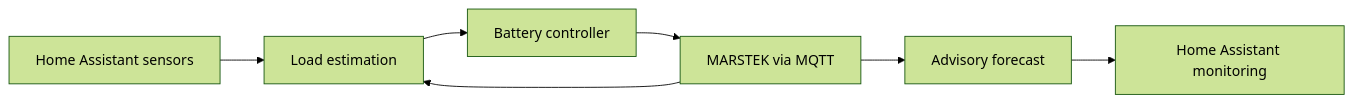
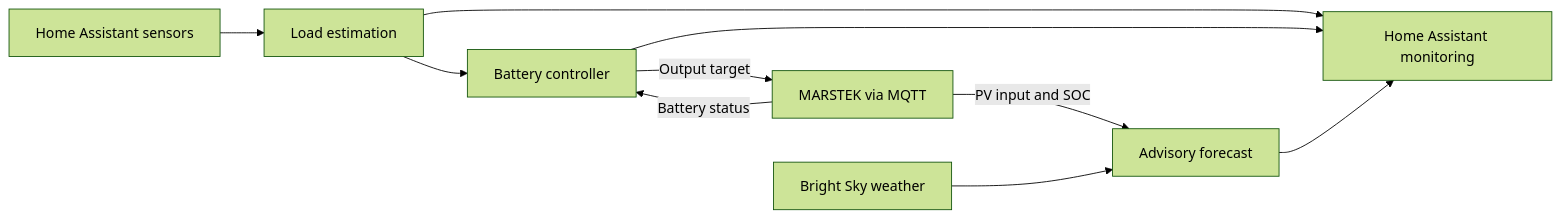
The diagram in README.md (hermava/residential-energy-management), drawn with Mermaid (forest theme) before and after one commit.

Commit message:
docs: correct data flow in README architecture diagram

````diff
--- a/README.md
+++ b/README.md
@@ -12,9 +12,12 @@
 ```mermaid
 flowchart LR
   HA[Home Assistant sensors] --> LOAD[Load estimation]
-  BATTERY[MARSTEK via MQTT] --> LOAD
   LOAD --> CONTROL[Battery controller]
-  CONTROL --> BATTERY
-  BATTERY --> FORECAST[Advisory forecast]
-  FORECAST --> REPORT[Home Assistant monitoring]
+  BATTERY[MARSTEK via MQTT] -->|Battery status| CONTROL
+  CONTROL -->|Output target| BATTERY
+  BATTERY -->|PV input and SOC| FORECAST[Advisory forecast]
+  WEATHER[Bright Sky weather] --> FORECAST
+  LOAD --> REPORT[Home Assistant monitoring]
+  CONTROL --> REPORT
+  FORECAST --> REPORT
 ```
````
